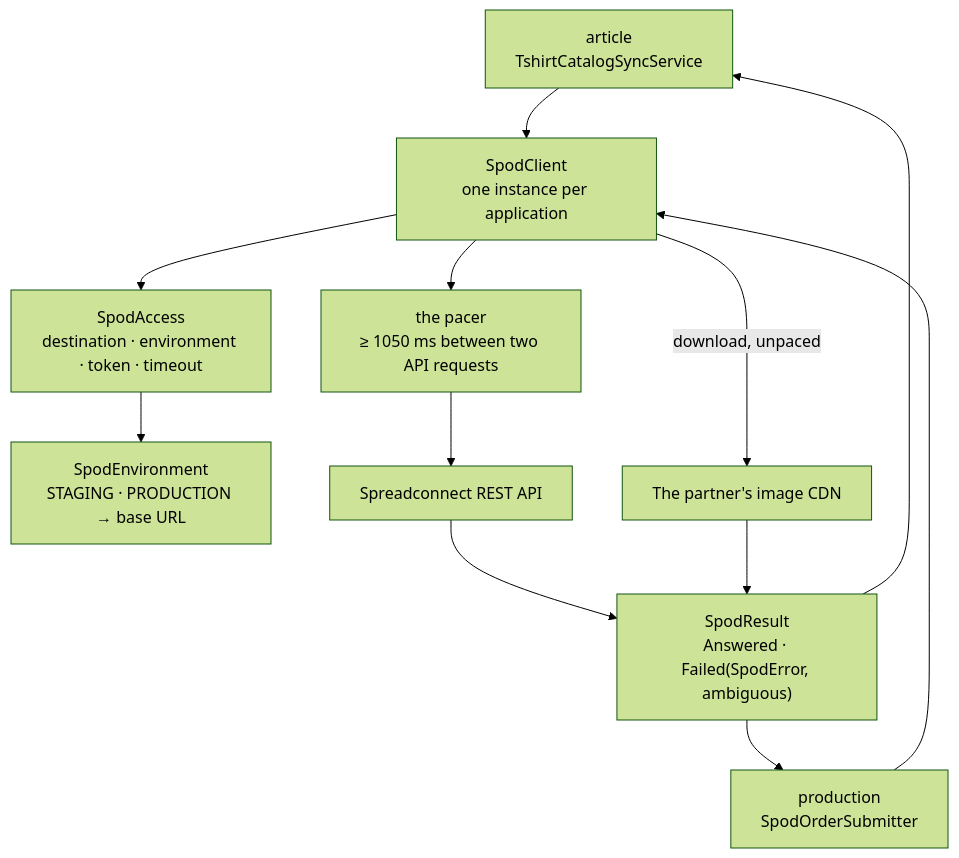
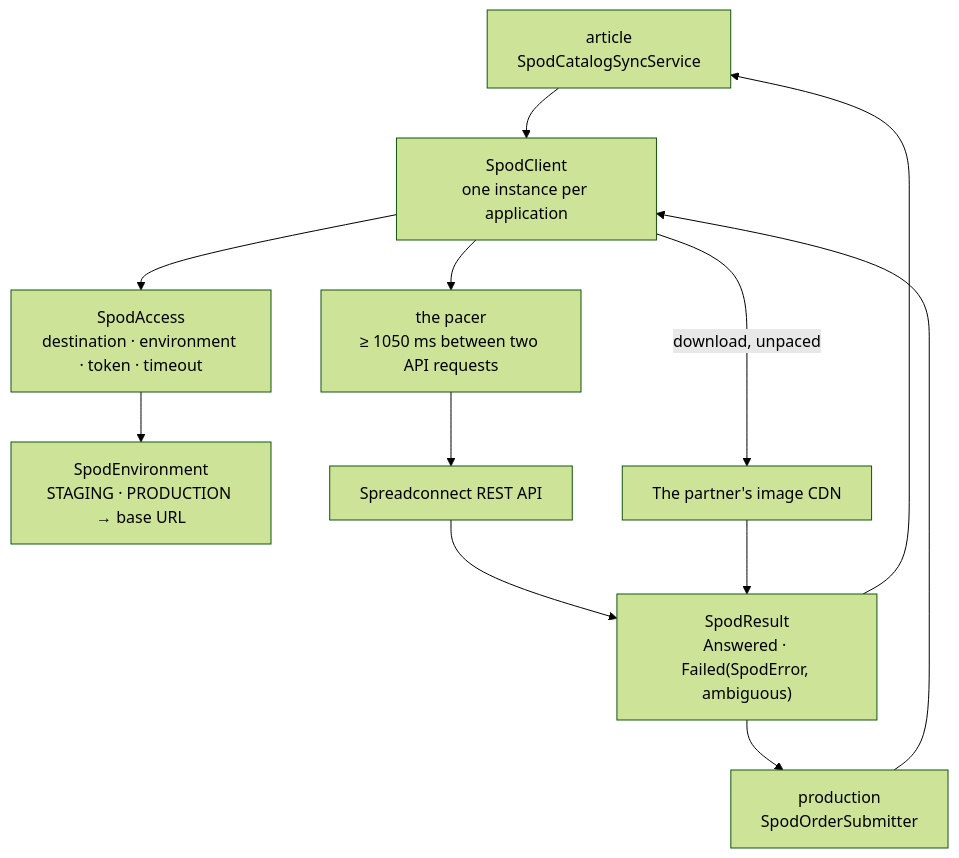
One commit to bitstorm-tech/voenix-shop-kotlin changed the diagram in docs/dev/backend/packages/spod-package.md. Above: the diagram before and after it, drawn with Mermaid (forest theme). The commit also changed other lines of this file and 87 other files, not shown here.

First line of the commit message:
T1 (#260): the t-shirt becomes the generic SPOD article

````diff
--- a/docs/dev/backend/packages/spod-package.md
+++ b/docs/dev/backend/packages/spod-package.md
@@ -35,24 +35,24 @@
 ```mermaid
 flowchart TB
-    Article["article<br/>TshirtCatalogSyncService"]
+    Article["article<br/>SpodCatalogSyncService"]
     Production["production<br/>SpodOrderSubmitter"]
     Client["SpodClient<br/>one instance per application"]
     Pacer["the pacer<br/>≥ 1050 ms between two API requests"]
     Access["SpodAccess<br/>destination · environment · token · timeout"]
     Environment["SpodEnvironment<br/>STAGING · PRODUCTION → base URL"]
     Api["Spreadconnect REST API"]
     Cdn["The partner's image CDN"]
     Result["SpodResult<br/>Answered · Failed(SpodError, ambiguous)"]
 
     Article --> Client
     Production --> Client
     Client --> Pacer
     Client --> Access
     Access --> Environment
     Pacer --> Api
     Client -->|download, unpaced| Cdn
     Api --> Result
     Cdn --> Result
     Result --> Article
     Result --> Production
 ```
````
